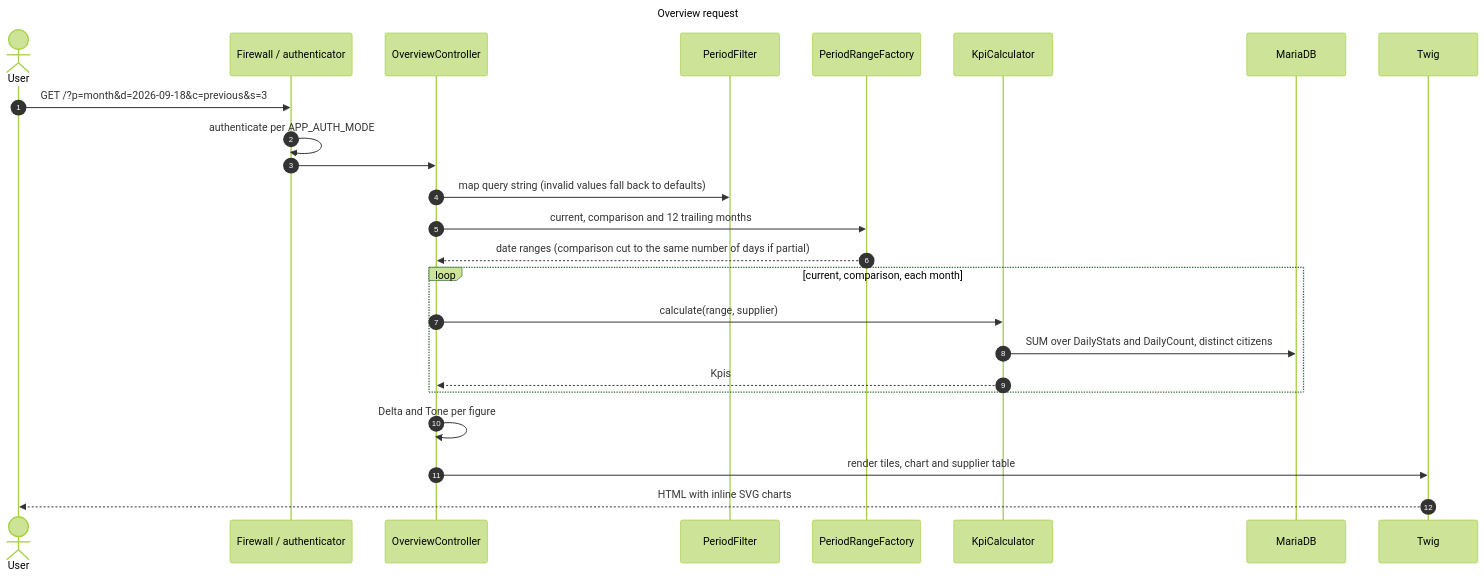
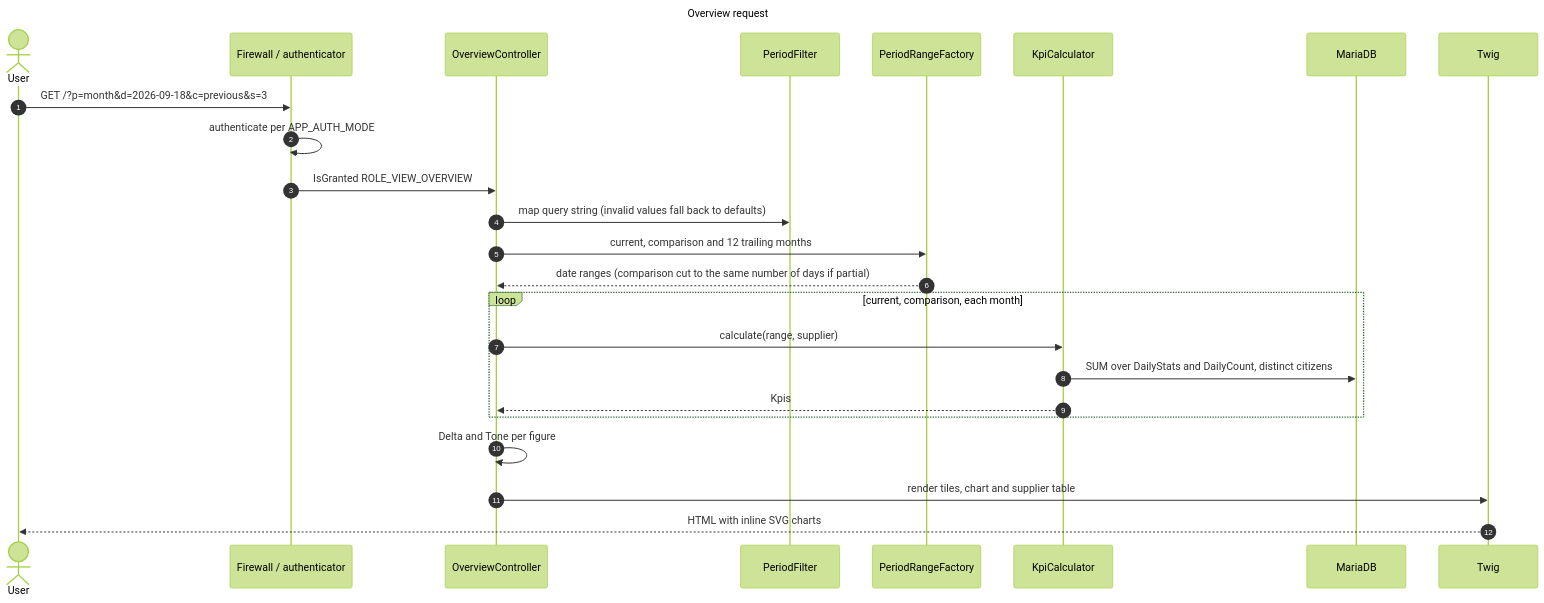
Before and after one commit to itk-dev/koerselsoverblik: the diagram in docs/diagrams/overview-sequence.mmd, drawn with Mermaid (forest theme). The commit also changed 9 other files, not shown here.

```diff
--- a/docs/diagrams/overview-sequence.mmd
+++ b/docs/diagrams/overview-sequence.mmd
@@ -1,28 +1,28 @@
 ---
 title: Overview request
 ---
 sequenceDiagram
     autonumber
     actor User
     participant FW as Firewall / authenticator
     participant C as OverviewController
     participant F as PeriodFilter
     participant R as PeriodRangeFactory
     participant K as KpiCalculator
     participant DB as MariaDB
     participant T as Twig
 
     User->>FW: GET /?p=month&d=2026-09-18&c=previous&s=3
     FW->>FW: authenticate per APP_AUTH_MODE
-    FW->>C: #[IsGranted('ROLE_USER')]
+    FW->>C: IsGranted ROLE_VIEW_OVERVIEW
     C->>F: map query string (invalid values fall back to defaults)
     C->>R: current, comparison and 12 trailing months
     R-->>C: date ranges (comparison cut to the same number of days if partial)
     loop current, comparison, each month
         C->>K: calculate(range, supplier)
         K->>DB: SUM over DailyStats and DailyCount, distinct citizens
         K-->>C: Kpis
     end
     C->>C: Delta and Tone per figure
     C->>T: render tiles, chart and supplier table
     T-->>User: HTML with inline SVG charts
```
